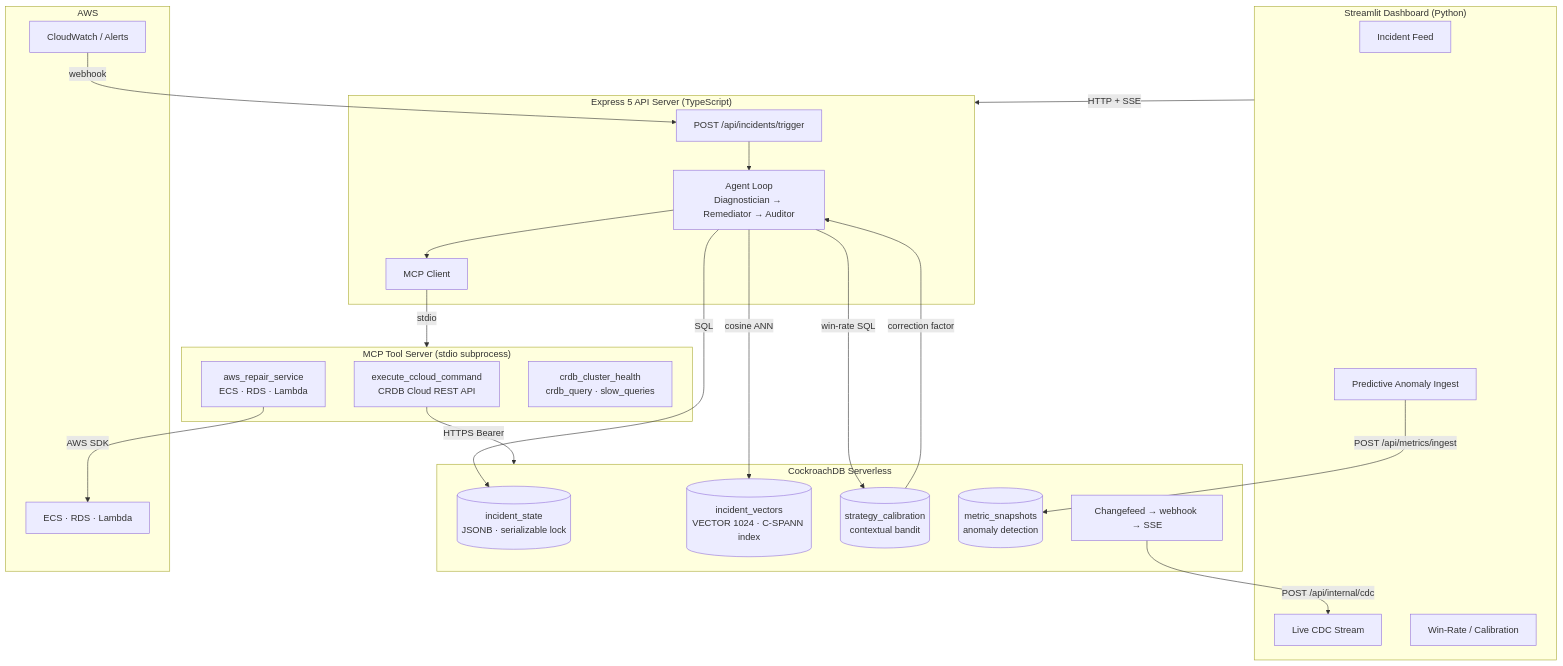
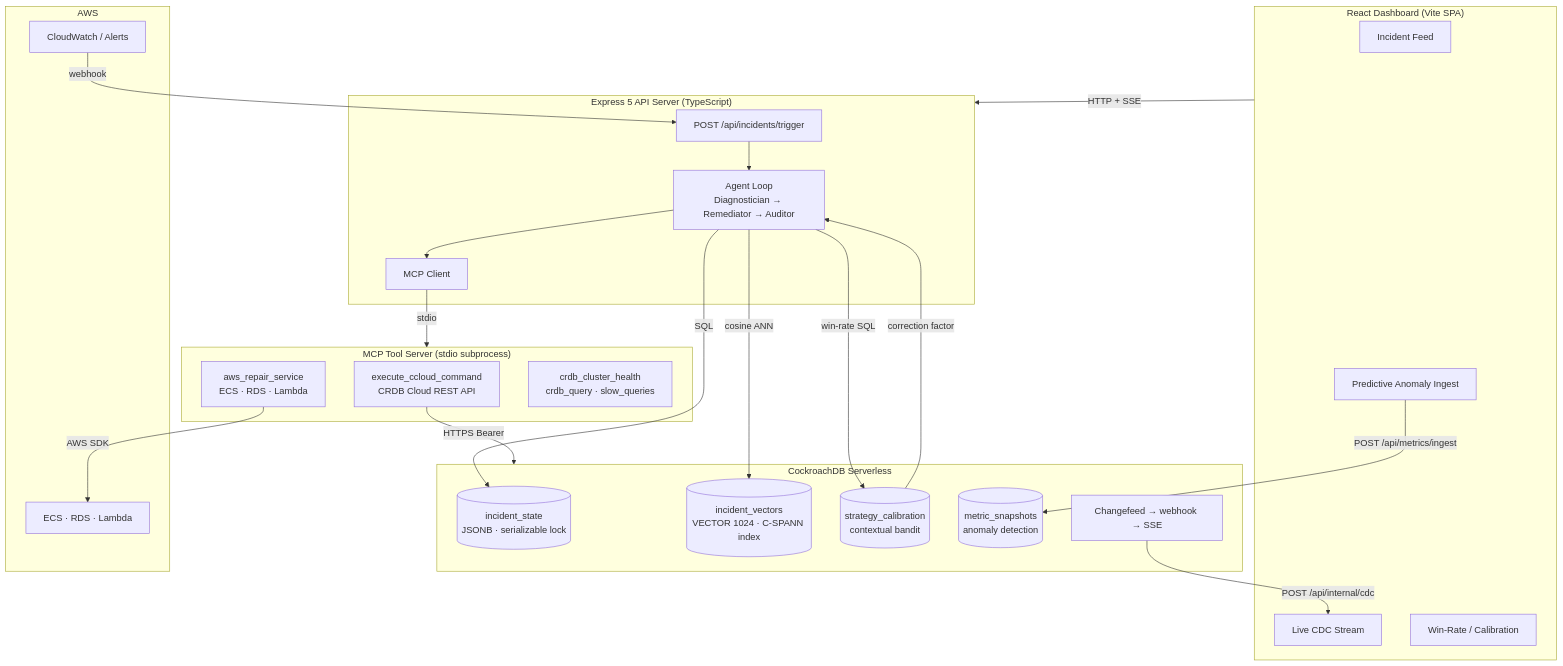
Before and after one commit to akollad/Cloud-Surgeon: the diagram in README.md, drawn with Mermaid. The commit also changed other lines of this file and 2 other files, not shown here.

````diff
--- a/README.md
+++ b/README.md
@@ -105,48 +105,48 @@
 ```mermaid
 graph TB
-    subgraph UI["Streamlit Dashboard (Python)"]
-        A[Incident Feed] 
+    subgraph UI["React Dashboard (Vite SPA)"]
+        A[Incident Feed]
         B[Live CDC Stream]
         C[Win-Rate / Calibration]
         D[Predictive Anomaly Ingest]
     end
 
     subgraph API["Express 5 API Server (TypeScript)"]
         E[POST /api/incidents/trigger]
         F[Agent Loop<br/>Diagnostician → Remediator → Auditor]
         G[MCP Client]
     end
 
     subgraph MCP["MCP Tool Server (stdio subprocess)"]
         H[execute_ccloud_command<br/>CRDB Cloud REST API]
         I[aws_repair_service<br/>ECS · RDS · Lambda]
         J[crdb_cluster_health<br/>crdb_query · slow_queries]
     end
 
     subgraph CRDB["CockroachDB Serverless"]
         K[(incident_state<br/>JSONB · serializable lock)]
         L[(incident_vectors<br/>VECTOR 1024 · C-SPANN index)]
         M[(strategy_calibration<br/>contextual bandit)]
         N[(metric_snapshots<br/>anomaly detection)]
         O[Changefeed → webhook → SSE]
     end
 
     subgraph AWS["AWS"]
         P[ECS · RDS · Lambda]
         Q[CloudWatch / Alerts]
     end
 
     UI -->|HTTP + SSE| API
     Q -->|webhook| E
     E --> F
     F --> G
     G -->|stdio| MCP
     H -->|HTTPS Bearer| CRDB
     I -->|AWS SDK| P
     F -->|SQL| K
     F -->|cosine ANN| L
     F -->|win-rate SQL| M
     D -->|POST /api/metrics/ingest| N
     O -->|POST /api/internal/cdc| B
     M -->|correction factor| F
 ```
````
